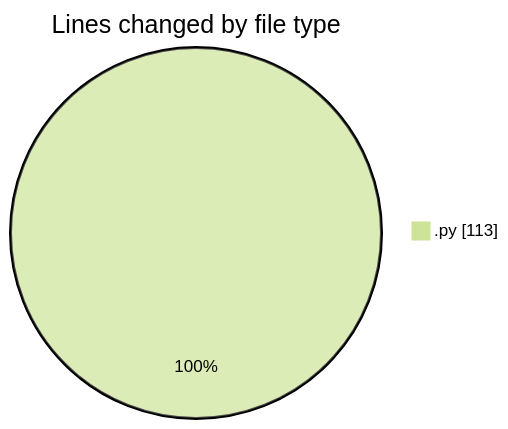
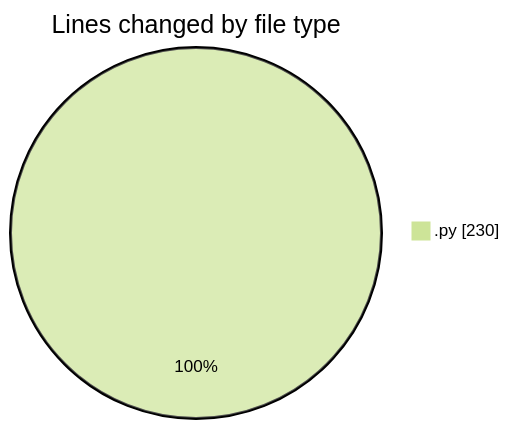
Before and after one commit to Elitesun/code-tracking: the first of 2 diagrams in 2025-05-14/niten/README.md, drawn with Mermaid (forest theme). The commit also changed other lines of this file and 1 other file, not shown here.

````diff
--- a/2025-05-14/niten/README.md
+++ b/2025-05-14/niten/README.md
@@ -20,5 +21,5 @@
 ```mermaid
 pie showData
 title Lines changed by file type
-".py" : 113
+".py" : 230
 ```
````
